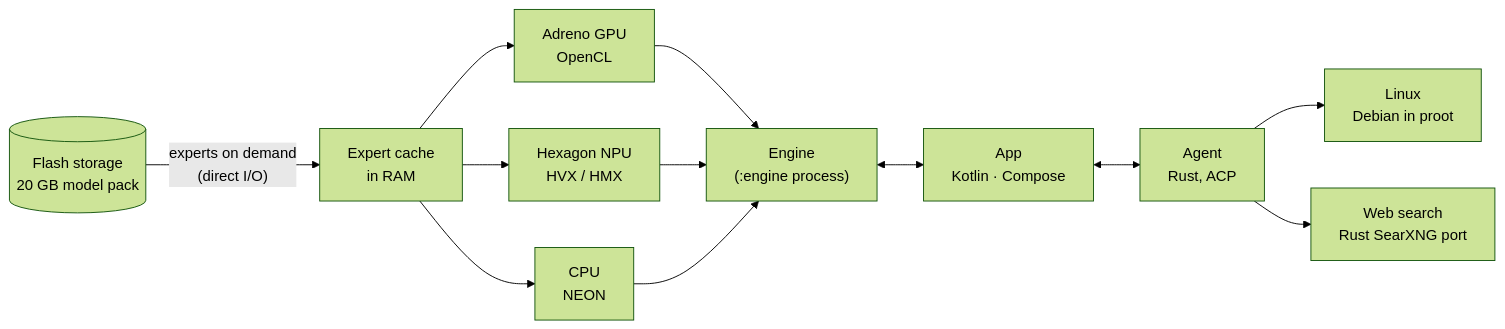
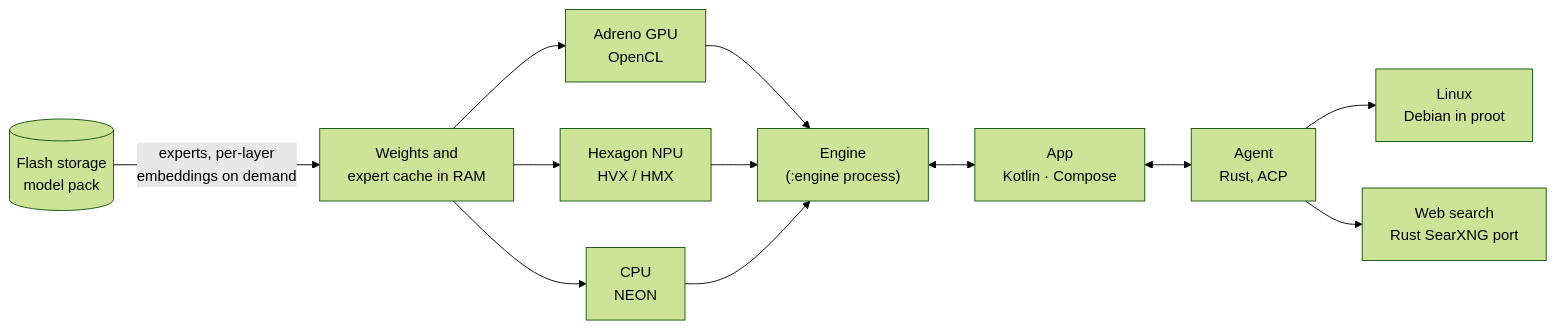
One commit to sergqwer/geode changed the diagram in README.md. Above: the diagram before and after it, drawn with Mermaid (forest theme). The commit also changed other lines of this file and 132 other files, not shown here.

````diff
--- a/README.md
+++ b/README.md
@@ -62,12 +91,12 @@
 ```mermaid
 flowchart LR
-    F[("Flash storage<br>20 GB model pack")] -- "experts on demand<br>(direct I/O)" --> C["Expert cache<br>in RAM"]
+    F[("Flash storage<br>model pack")] -- "experts, per-layer<br>embeddings on demand" --> C["Weights and<br>expert cache in RAM"]
     C --> G["Adreno GPU<br>OpenCL"]
     C --> N["Hexagon NPU<br>HVX / HMX"]
     C --> P["CPU<br>NEON"]
     G & N & P --> E["Engine<br>(:engine process)"]
     E <--> A["App<br>Kotlin · Compose"]
     A <--> T["Agent<br>Rust, ACP"]
     T --> L["Linux<br>Debian in proot"]
     T --> S["Web search<br>Rust SearXNG port"]
 ```
````
